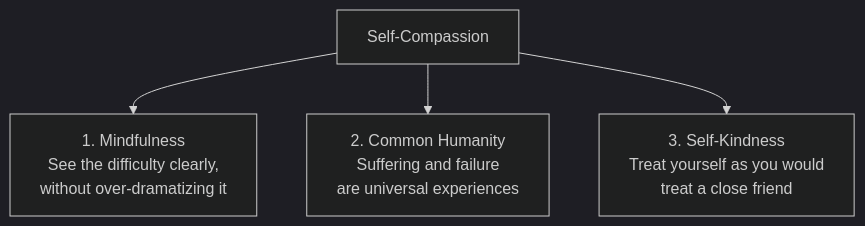
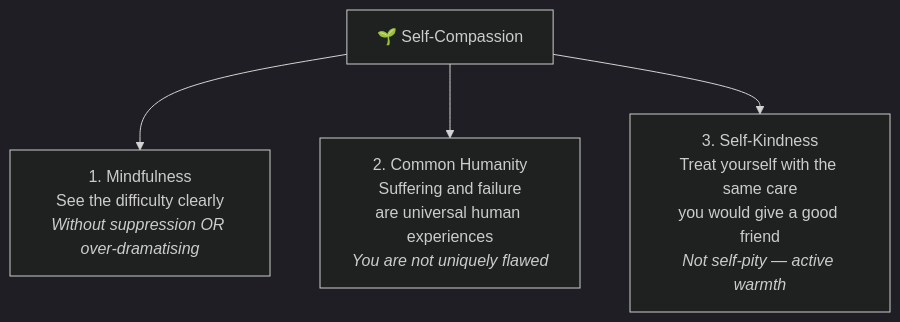
One commit to sivanagaraju/Softskills changed the second of 3 diagrams in 01_Emotional_Intelligence/01_Self_Awareness/03_Developing_a_strong_sense_of_one's_selfworth_and_capabilities/02_Techniques_and_Frameworks.md. Above: the diagram before and after it, drawn with Mermaid (dark theme). The commit also changed other lines of this file and 13 other files, not shown here.

````diff
--- a/01_Emotional_Intelligence/01_Self_Awareness/03_Developing_a_strong_sense_of_one's_selfworth_and_capabilities/02_Techniques_and_Frameworks.md
+++ b/01_Emotional_Intelligence/01_Self_Awareness/03_Developing_a_strong_sense_of_one's_selfworth_and_capabilities/02_Techniques_and_Frameworks.md
@@ -100,6 +213,7 @@
 ```mermaid
 graph TD
-    A[Self-Compassion] --> B[1. Mindfulness<br/>See the difficulty clearly,<br/>without over-dramatizing it]
-    A --> C[2. Common Humanity<br/>Suffering and failure<br/>are universal experiences]
-    A --> D[3. Self-Kindness<br/>Treat yourself as you would<br/>treat a close friend]
+    SC["🌱 Self-Compassion"]
+    SC --> MF["1. Mindfulness<br/>See the difficulty clearly<br/><i>Without suppression OR over-dramatising</i>"]
+    SC --> CH["2. Common Humanity<br/>Suffering and failure<br/>are universal human experiences<br/><i>You are not uniquely flawed</i>"]
+    SC --> SK["3. Self-Kindness<br/>Treat yourself with the same care<br/>you would give a good friend<br/><i>Not self-pity — active warmth</i>"]
 ```
````
